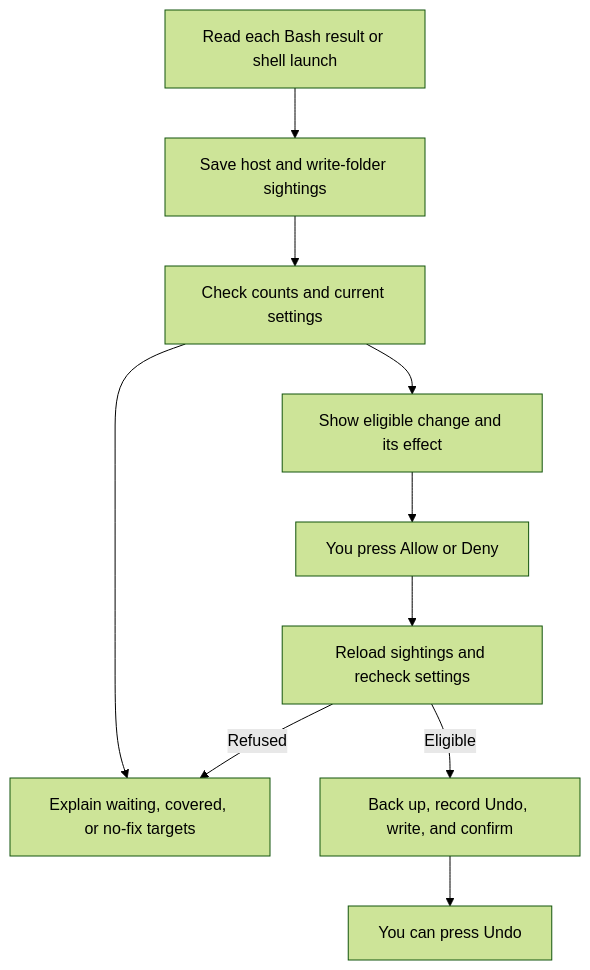
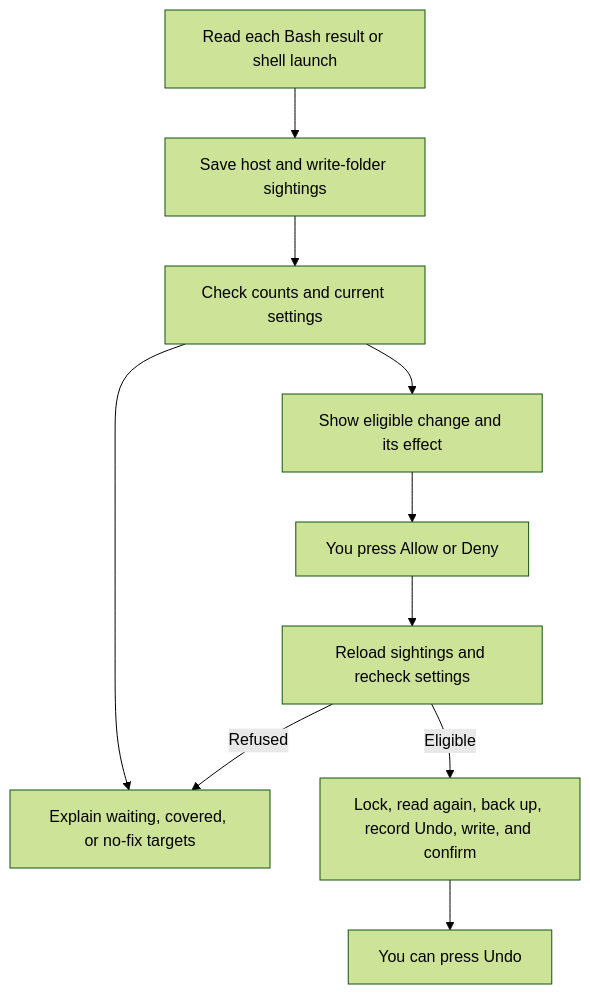
Before and after one commit to davila7/claude-code-templates: the diagram in cli-tool/components/mods/security/sandbox-tuner/README.md, drawn with Mermaid (forest theme). The commit also changed other lines of this file and 26 other files, not shown here.

````diff
--- a/cli-tool/components/mods/security/sandbox-tuner/README.md
+++ b/cli-tool/components/mods/security/sandbox-tuner/README.md
@@ -44,12 +44,12 @@
 ```mermaid
 flowchart TD
     A[Read each Bash result or shell launch] --> B[Save host and write-folder sightings]
     B --> C[Check counts and current settings]
     C --> D[Explain waiting, covered, or no-fix targets]
     C --> E[Show eligible change and its effect]
     E --> F[You press Allow or Deny]
     F --> G[Reload sightings and recheck settings]
     G -->|Refused| D
-    G -->|Eligible| H[Back up, record Undo, write, and confirm]
+    G -->|Eligible| H[Lock, read again, back up, record Undo, write, and confirm]
     H --> I[You can press Undo]
 ```
````
